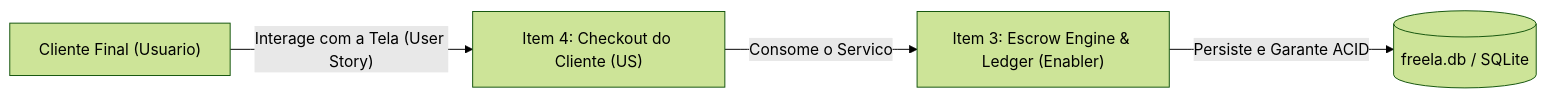
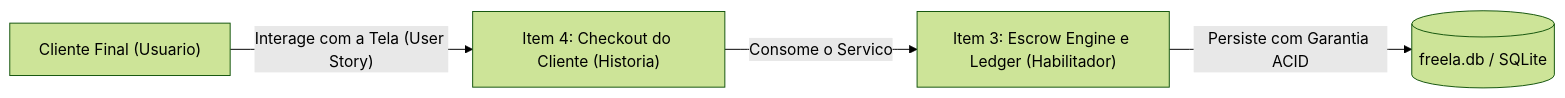
Before and after one commit to ViniMSimoes/freela: the diagram in docs/backlog-atualizado.md, drawn with Mermaid (forest theme). The commit also changed other lines of this file and 3 other files, not shown here.

````diff
--- a/docs/backlog-atualizado.md
+++ b/docs/backlog-atualizado.md
@@ -55,6 +66,6 @@
 ```mermaid
 flowchart LR
-    Cliente["Cliente Final (Usuario)"] -->|"Interage com a Tela (User Story)"| Item4["Item 4: Checkout do Cliente (US)"]
-    Item4 -->|"Consome o Servico"| Item3["Item 3: Escrow Engine & Ledger (Enabler)"]
-    Item3 -->|"Persiste e Garante ACID"| DB[("freela.db / SQLite")]
+    Cliente["Cliente Final (Usuario)"] -->|"Interage com a Tela (User Story)"| Item4["Item 4: Checkout do Cliente (Historia)"]
+    Item4 -->|"Consome o Servico"| Item3["Item 3: Escrow Engine e Ledger (Habilitador)"]
+    Item3 -->|"Persiste com Garantia ACID"| DB[("freela.db / SQLite")]
 ```
````
